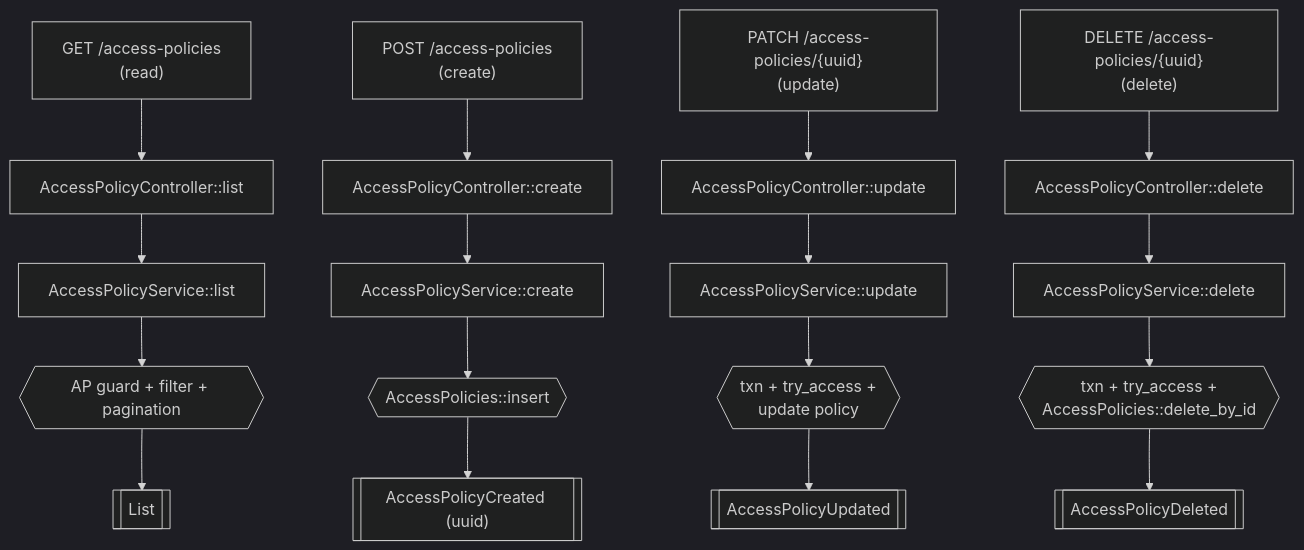
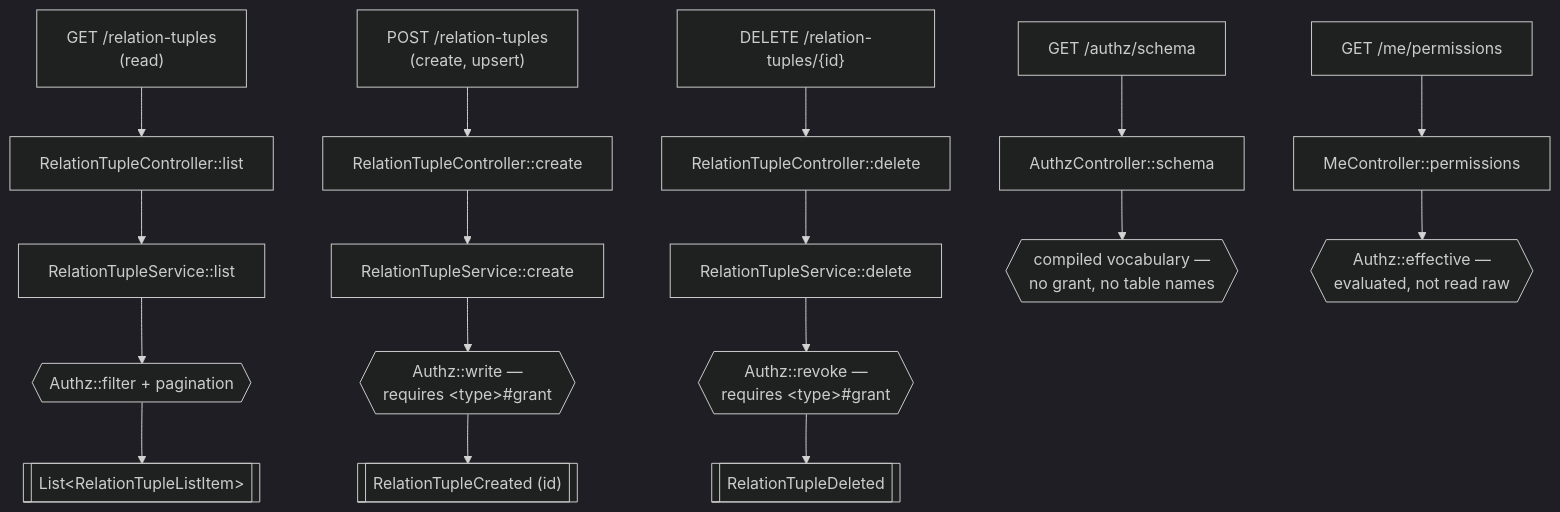
Before and after one commit to ahas/sumida: the sixth of 12 diagrams in README.md, drawn with Mermaid (dark theme). The commit also changed other lines of this file and 76 other files, not shown here.

````diff
--- a/README.md
+++ b/README.md
@@ -237,22 +242,23 @@
 ```mermaid
 graph TD
-  ap_get["GET /access-policies<br/>(read)"] --> ap_ctrl_list["AccessPolicyController::list"]
-  ap_ctrl_list --> ap_srv_list["AccessPolicyService::list"]
-  ap_srv_list --> ap_logic_list{{"AP guard + filter + pagination"}}
-  ap_logic_list --> ap_ret_list[["List<AccessPolicyListItem>"]]
+  rt_get["GET /relation-tuples<br/>(read)"] --> rt_ctrl_list["RelationTupleController::list"]
+  rt_ctrl_list --> rt_srv_list["RelationTupleService::list"]
+  rt_srv_list --> rt_logic_list{{"Authz::filter + pagination"}}
+  rt_logic_list --> rt_ret_list[["List&lt;RelationTupleListItem&gt;"]]
 
-  ap_post["POST /access-policies<br/>(create)"] --> ap_ctrl_create["AccessPolicyController::create"]
-  ap_ctrl_create --> ap_srv_create["AccessPolicyService::create"]
-  ap_srv_create --> ap_logic_create{{"AccessPolicies::insert"}}
-  ap_logic_create --> ap_ret_create[["AccessPolicyCreated (uuid)"]]
+  rt_post["POST /relation-tuples<br/>(create, upsert)"] --> rt_ctrl_create["RelationTupleController::create"]
+  rt_ctrl_create --> rt_srv_create["RelationTupleService::create"]
+  rt_srv_create --> rt_logic_create{{"Authz::write —<br/>requires &lt;type&gt;#grant"}}
+  rt_logic_create --> rt_ret_create[["RelationTupleCreated (id)"]]
 
-  ap_patch["PATCH /access-policies/{uuid}<br/>(update)"] --> ap_ctrl_update["AccessPolicyController::update"]
-  ap_ctrl_update --> ap_srv_update["AccessPolicyService::update"]
-  ap_srv_update --> ap_logic_update{{"txn + try_access +<br/>update policy"}}
-  ap_logic_update --> ap_ret_update[["AccessPolicyUpdated"]]
+  rt_delete["DELETE /relation-tuples/{id}"] --> rt_ctrl_delete["RelationTupleController::delete"]
+  rt_ctrl_delete --> rt_srv_delete["RelationTupleService::delete"]
+  rt_srv_delete --> rt_logic_delete{{"Authz::revoke —<br/>requires &lt;type&gt;#grant"}}
+  rt_logic_delete --> rt_ret_delete[["RelationTupleDeleted"]]
 
-  ap_delete["DELETE /access-policies/{uuid}<br/>(delete)"] --> ap_ctrl_delete["AccessPolicyController::delete"]
-  ap_ctrl_delete --> ap_srv_delete["AccessPolicyService::delete"]
-  ap_srv_delete --> ap_logic_delete{{"txn + try_access +<br/>AccessPolicies::delete_by_id"}}
-  ap_logic_delete --> ap_ret_delete[["AccessPolicyDeleted"]]
+  schema["GET /authz/schema"] --> schema_ctrl["AuthzController::schema"]
+  schema_ctrl --> schema_logic{{"compiled vocabulary —<br/>no grant, no table names"}}
+
+  me["GET /me/permissions"] --> me_ctrl["MeController::permissions"]
+  me_ctrl --> me_logic{{"Authz::effective —<br/>evaluated, not read raw"}}
 ```
````
